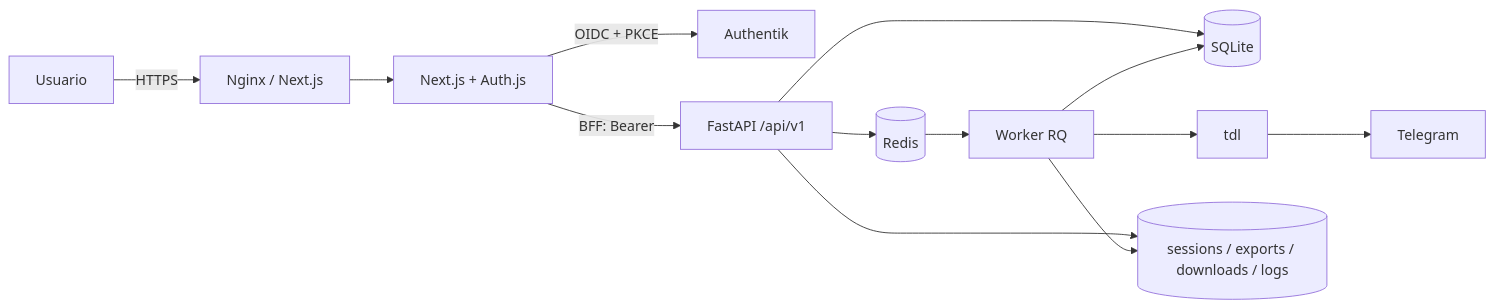
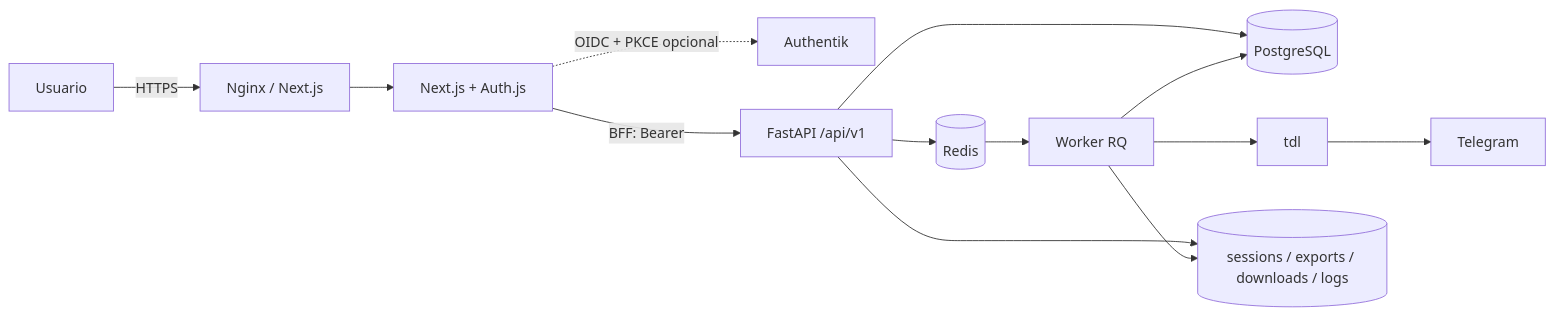
One commit to overhang1275/tdl-web-next changed the diagram in README.es.md. Above: the diagram before and after it, drawn with Mermaid. The commit also changed other lines of this file and 8 other files, not shown here.

````diff
--- a/README.es.md
+++ b/README.es.md
@@ -18,15 +19,15 @@
 ```mermaid
 flowchart LR
   U[Usuario] -->|HTTPS| N[Nginx / Next.js]
   N --> W[Next.js + Auth.js]
-  W -->|OIDC + PKCE| A[Authentik]
+  W -.->|OIDC + PKCE opcional| A[Authentik]
   W -->|BFF: Bearer| API[FastAPI /api/v1]
-  API --> DB[(SQLite)]
+  API --> DB[(PostgreSQL)]
   API --> R[(Redis)]
   R --> WK[Worker RQ]
   WK --> T[tdl]
   WK --> DB
   T --> TG[Telegram]
   API --> FS[(sessions / exports / downloads / logs)]
   WK --> FS
 ```
````
